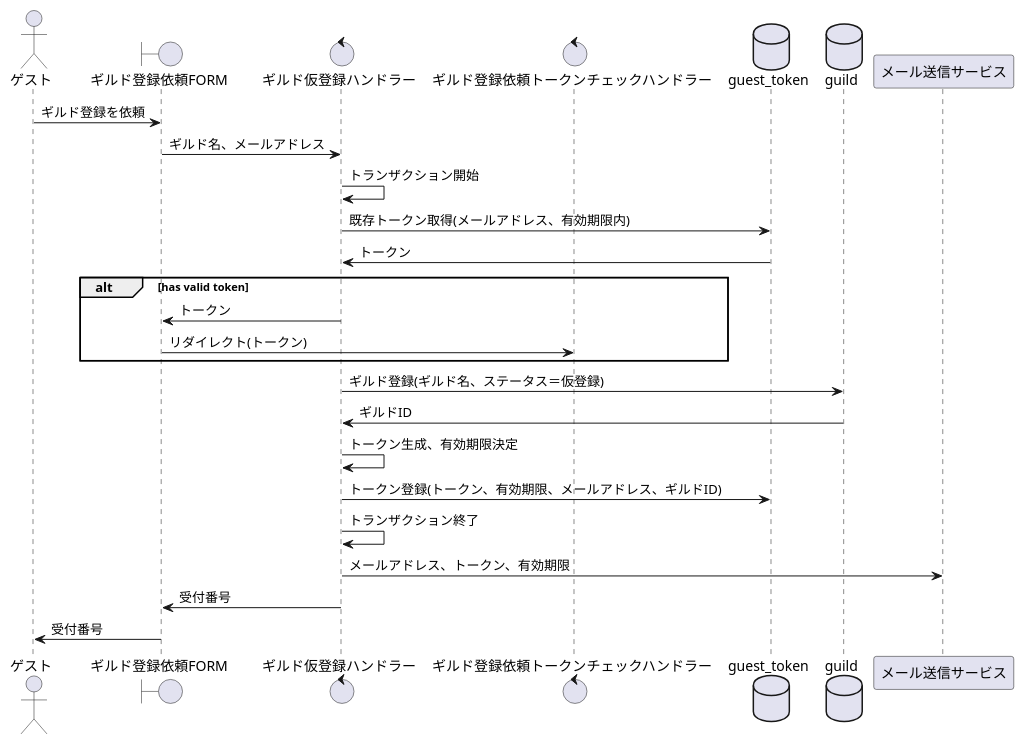
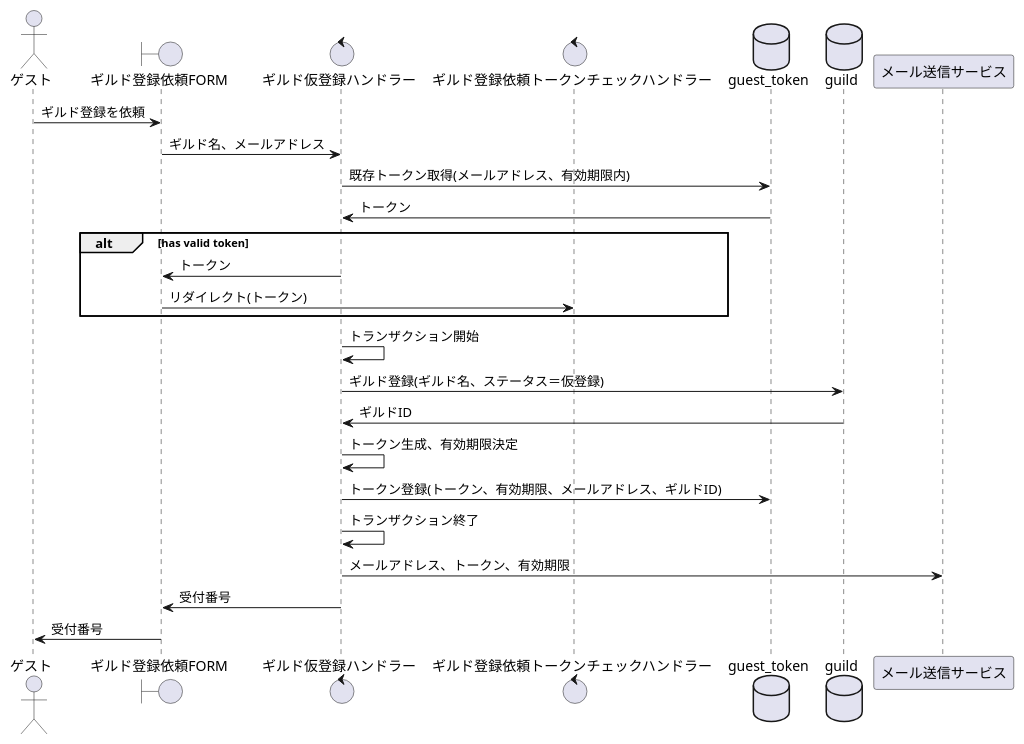
Before and after one commit to sky0621/familiagildo: the diagram in design/sequence/ギルド登録を依頼する.puml, drawn with PlantUML. The commit also changed other lines of this file and 14 other files, not shown here.

```diff
--- a/design/sequence/ギルド登録を依頼する.puml
+++ b/design/sequence/ギルド登録を依頼する.puml
@@ -1,29 +1,29 @@
 @startuml
 
 actor ゲスト as guest
 boundary ギルド登録依頼FORM as form
 control ギルド仮登録ハンドラー as handler
 control ギルド登録依頼トークンチェックハンドラー as handler2
 database guest_token
 database guild
 participant メール送信サービス as mail
 
 guest -> form:ギルド登録を依頼
 form -> handler:ギルド名、メールアドレス
-handler -> handler:トランザクション開始
 handler -> guest_token:既存トークン取得(メールアドレス、有効期限内)
 guest_token -> handler:トークン
 alt has valid token
 handler -> form:トークン
 form -> handler2:リダイレクト(トークン)
 end
+handler -> handler:トランザクション開始
 handler -> guild:ギルド登録(ギルド名、ステータス＝仮登録)
 guild -> handler:ギルドID
 handler -> handler:トークン生成、有効期限決定
 handler -> guest_token:トークン登録(トークン、有効期限、メールアドレス、ギルドID)
 handler -> handler:トランザクション終了
 handler -> mail:メールアドレス、トークン、有効期限
 handler -> form:受付番号
 form -> guest:受付番号
 
 @enduml
```
